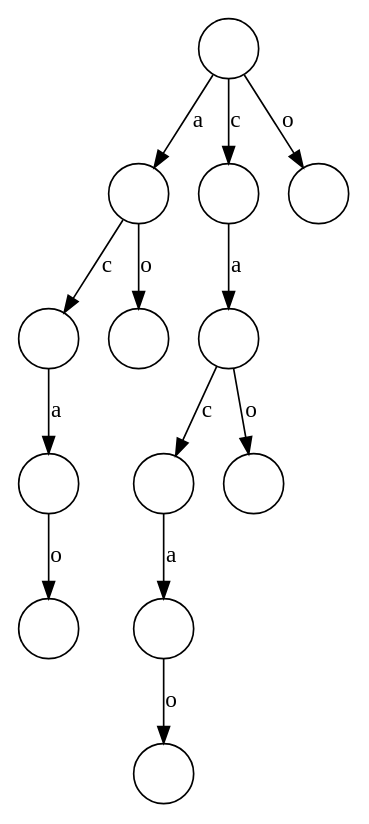
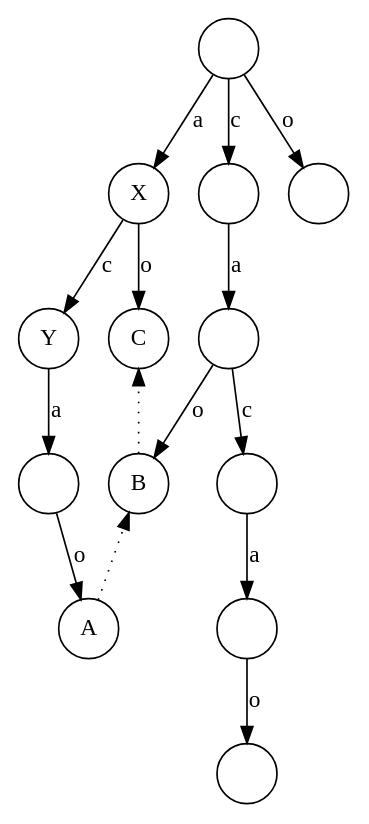
The diagram in algo/datastruct/tree/suffix-tree/img/strie-cacao.dot (liuxinyu95/AlgoXY), drawn with Graphviz before and after one commit. The commit also changed 3 other files, not shown here.

```diff
--- a/algo/datastruct/tree/suffix-tree/img/strie-cacao.dot
+++ b/algo/datastruct/tree/suffix-tree/img/strie-cacao.dot
@@ -1,28 +1,33 @@
 digraph G{
 	node[shape=circle]
 	t[label=""];
-	ta[label=""];
-	tac[label=""];
+	ta[label="X"];
+	tac[label="Y"];
 	taca[label=""];
-	tacao[label=""];
+	tacao[label="A"];
 	taca->tacao[label="o"]
 	tac->taca[label="a"]
 	ta->tac[label="c"]
-	tao[label=""];
+	tao[label="C"];
 	ta->tao[label="o"]
 	t->ta[label="a"]
 	tc[label=""];
 	tca[label=""];
 	tcac[label=""];
 	tcaca[label=""];
 	tcacao[label=""];
 	tcaca->tcacao[label="o"]
 	tcac->tcaca[label="a"]
 	tca->tcac[label="c"]
-	tcao[label=""];
+	tcao[label="B"];
 	tca->tcao[label="o"]
 	tc->tca[label="a"]
 	t->tc[label="c"]
 	to[label=""];
 	t->to[label="o"]
+	tacao->tcao[style=dotted];
+	tcao->tao[style=dotted];
+	{rank = same; tao; tac; tca}
+	{rank = same; ta; tc; to;}
+	{rank = same; tcao; tcac; taca;}
 }
```
